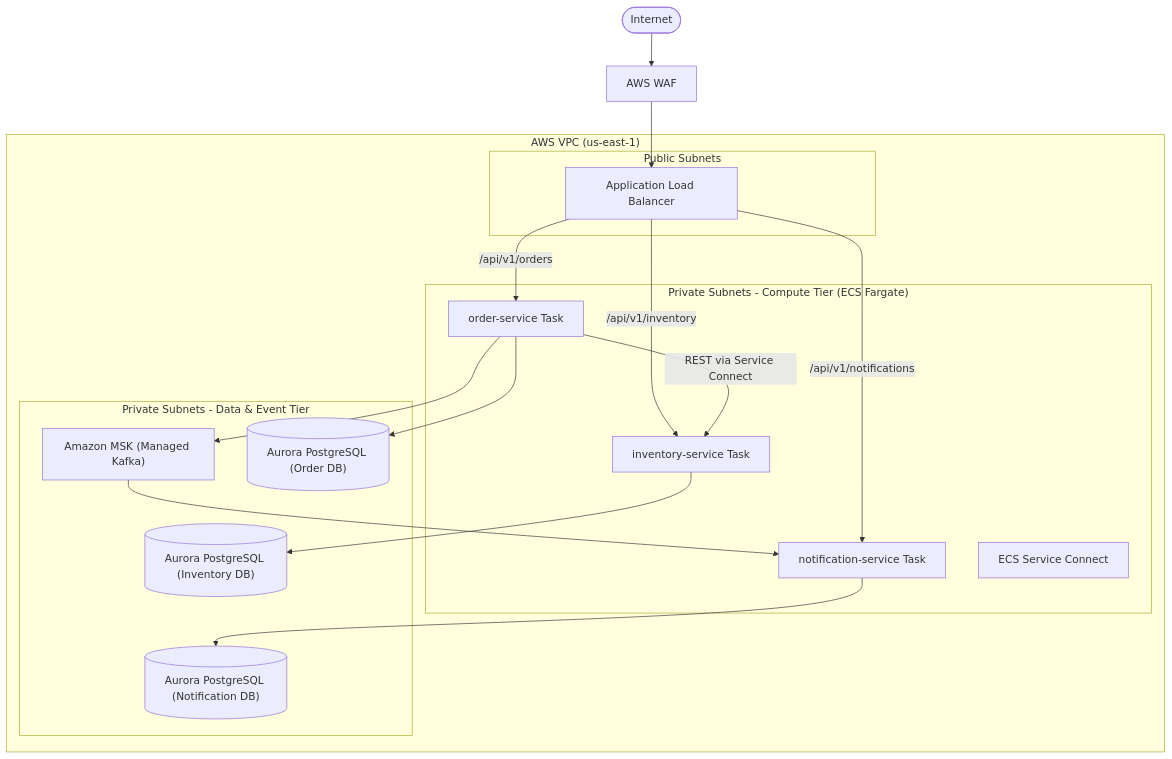
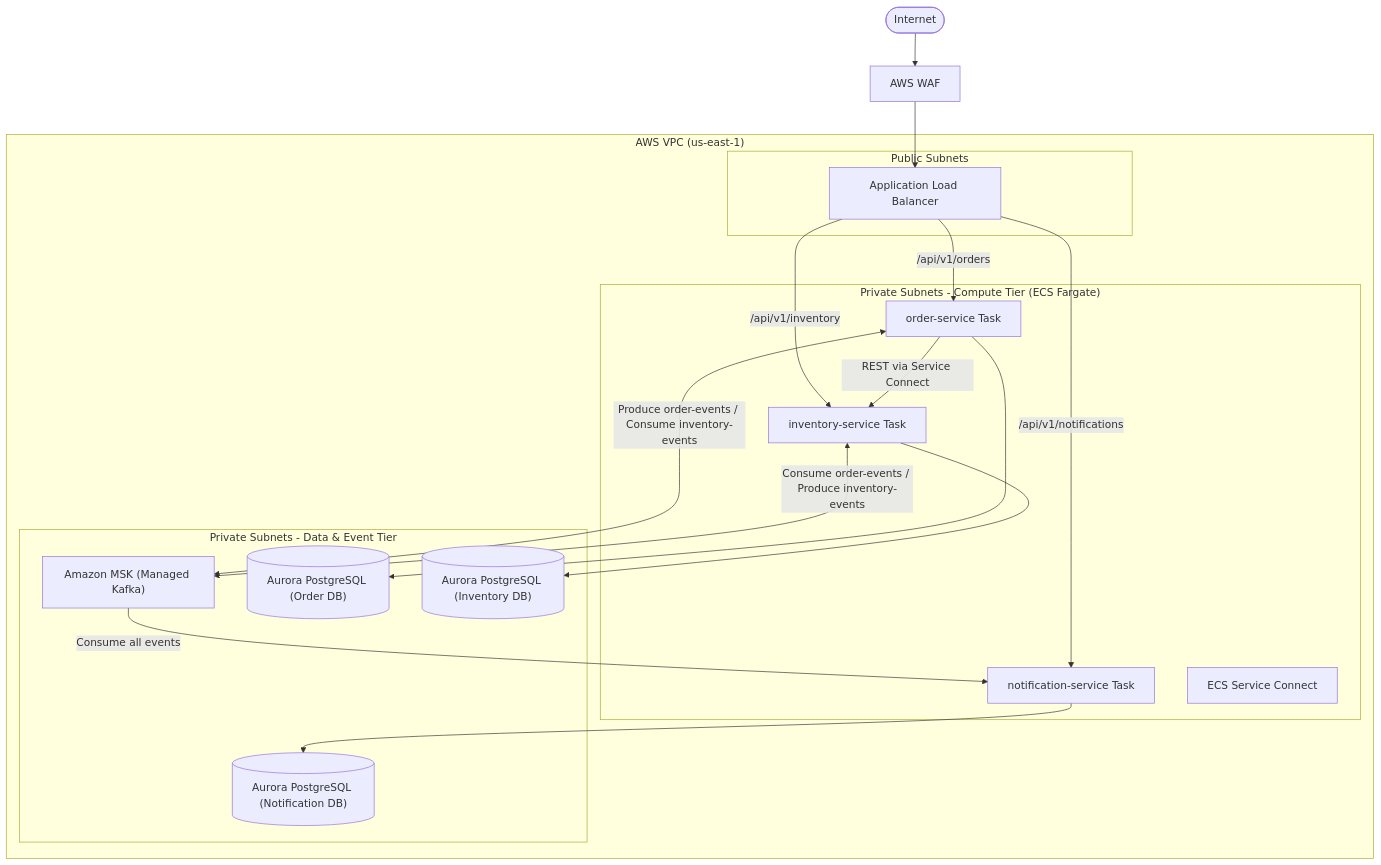
Before and after one commit to soniaGarcia/orderinvent-platform: the fourth of 5 diagrams in architecture.md, drawn with Mermaid. The commit also changed other lines of this file, not shown here.

````diff
--- a/architecture.md
+++ b/architecture.md
@@ -139,35 +158,37 @@
 ```mermaid
 graph TD
     Client(["Internet"]) --> WAF["AWS WAF"]
     WAF --> ALB["Application Load Balancer"]
 
     subgraph VPC ["AWS VPC (us-east-1)"]
         subgraph PublicSubnets ["Public Subnets"]
             ALB
         end
 
         subgraph AppTier ["Private Subnets - Compute Tier (ECS Fargate)"]
             OrderTask["order-service Task"]
             InvTask["inventory-service Task"]
             NotifTask["notification-service Task"]
             SvcConnect["ECS Service Connect"]
         end
 
         subgraph DataTier ["Private Subnets - Data & Event Tier"]
             MSK["Amazon MSK (Managed Kafka)"]
             DB_Order[("Aurora PostgreSQL (Order DB)")]
             DB_Inv[("Aurora PostgreSQL (Inventory DB)")]
             DB_Notif[("Aurora PostgreSQL (Notification DB)")]
         end
     end
 
     ALB -->|"/api/v1/orders"| OrderTask
     ALB -->|"/api/v1/inventory"| InvTask
     ALB -->|"/api/v1/notifications"| NotifTask
     OrderTask -->|"REST via Service Connect"| InvTask
     OrderTask --> DB_Order
     InvTask --> DB_Inv
     NotifTask --> DB_Notif
-    OrderTask --> MSK
-    MSK --> NotifTask
+
+    OrderTask <-->|"Produce order-events / Consume inventory-events"| MSK
+    InvTask <-->|"Consume order-events / Produce inventory-events"| MSK
+    MSK -->|"Consume all events"| NotifTask
 ```
````
